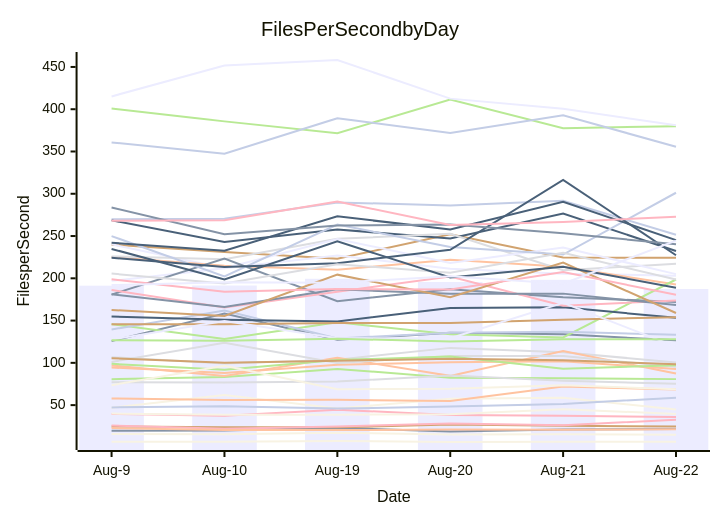
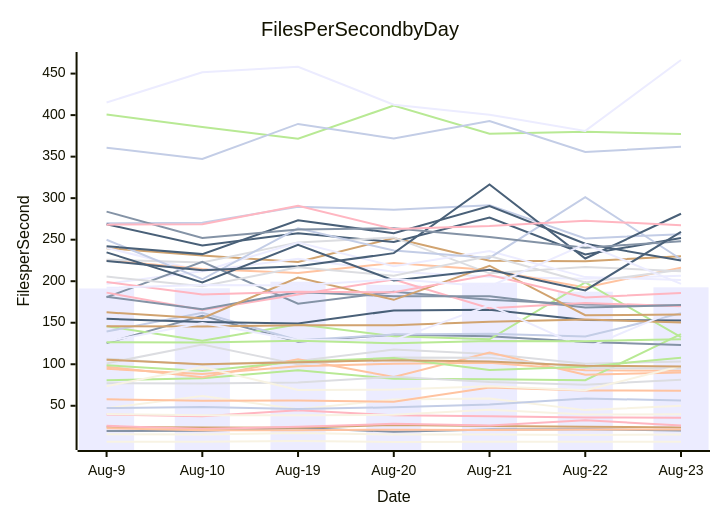
Before and after one commit to streetsidesoftware/cspell: the diagram in perf-report.md, drawn with Mermaid. The commit also changed other lines of this file and 2 other files, not shown here.

````diff
--- a/perf-report.md
+++ b/perf-report.md
@@ -11,57 +11,57 @@
 ```mermaid
 xychart-beta
     title Files Per Second by Day
     y-axis Files per Second
-    x-axis Date [Aug-9, Aug-10, Aug-19, Aug-20, Aug-21, Aug-22]
-    bar [191.27, 191.48, 199.45, 195.67, 198.22, 187.40]
-    line [19.76, 19.87, 23.15, 18.80, 21.30, 21.70]
-    line [94.45, 88.13, 97.66, 100.71, 101.93, 92.80]
-    line [106.66, 99.38, 103.80, 117.71, 112.47, 100.50]
-    line [80.61, 83.15, 92.81, 82.44, 81.86, 80.75]
-    line [239.79, 231.09, 223.10, 252.00, 224.60, 224.17]
-    line [269.81, 270.47, 289.77, 286.14, 291.59, 251.52]
-    line [39.52, 37.52, 44.46, 38.46, 37.42, 35.96]
-    line [268.54, 243.09, 257.77, 247.18, 276.72, 232.23]
-    line [6.78, 6.60, 7.51, 6.38, 6.72, 6.55]
-    line [240.17, 211.99, 227.00, 211.38, 205.51, 203.10]
-    line [125.68, 158.27, 127.25, 135.61, 133.76, 126.70]
-    line [225.24, 214.74, 210.02, 221.88, 213.58, 192.56]
-    line [225.91, 222.58, 246.74, 252.74, 209.47, 217.12]
-    line [145.75, 128.32, 148.05, 133.76, 130.09, 198.58]
-    line [24.65, 23.72, 23.68, 26.94, 25.51, 24.79]
-    line [139.45, 161.93, 128.87, 135.71, 136.66, 133.36]
-    line [25.95, 22.03, 24.86, 28.29, 26.21, 32.71]
-    line [154.75, 150.93, 149.02, 164.86, 165.64, 153.35]
-    line [15.80, 15.53, 17.25, 15.28, 15.49, 14.84]
-    line [196.97, 211.99, 246.59, 218.10, 236.31, 204.94]
-    line [180.75, 223.35, 172.94, 187.16, 177.68, 172.01]
-    line [96.93, 84.41, 106.12, 84.61, 114.12, 87.31]
-    line [77.16, 76.75, 77.91, 84.91, 78.76, 75.34]
-    line [400.74, 385.62, 371.65, 411.46, 377.61, 379.88]
-    line [145.79, 145.58, 147.10, 147.08, 151.07, 153.94]
-    line [249.96, 202.34, 263.67, 236.99, 228.06, 301.20]
-    line [186.27, 165.43, 184.07, 202.12, 167.51, 173.85]
-    line [224.37, 213.27, 217.89, 233.79, 316.48, 227.32]
-    line [47.00, 61.84, 45.89, 57.63, 58.67, 44.77]
-    line [127.47, 149.55, 129.16, 129.10, 170.99, 119.13]
-    line [181.18, 166.12, 186.93, 181.85, 181.88, 168.34]
-    line [57.90, 56.15, 56.35, 54.76, 71.89, 68.47]
-    line [101.07, 123.80, 99.87, 108.06, 107.98, 95.34]
-    line [98.84, 91.76, 103.43, 107.49, 93.08, 97.11]
-    line [162.48, 155.40, 204.32, 177.59, 218.64, 159.00]
-    line [360.76, 347.31, 389.41, 371.89, 392.82, 355.53]
-    line [198.91, 184.05, 187.41, 186.67, 207.48, 180.49]
-    line [242.10, 232.62, 273.32, 257.69, 290.62, 245.10]
-    line [73.60, 96.61, 68.89, 69.48, 73.38, 68.77]
-    line [415.14, 451.69, 458.22, 412.53, 400.53, 380.98]
-    line [283.77, 252.09, 262.36, 263.68, 253.37, 240.18]
-    line [22.84, 20.59, 20.47, 21.22, 20.90, 21.42]
-    line [205.56, 193.98, 216.67, 206.61, 230.20, 198.53]
-    line [126.64, 126.17, 128.45, 125.27, 127.94, 127.77]
-    line [105.46, 100.11, 102.43, 104.89, 103.21, 98.21]
-    line [47.26, 48.66, 46.00, 48.26, 51.42, 58.83]
-    line [268.09, 268.70, 290.78, 262.94, 266.60, 272.93]
-    line [234.76, 198.61, 243.75, 200.90, 213.71, 188.91]
-    line [39.98, 38.63, 38.64, 39.11, 45.24, 39.50]
-    line [192.03, 195.48, 194.87, 202.54, 193.62, 244.63]
+    x-axis Date [Aug-9, Aug-10, Aug-19, Aug-20, Aug-21, Aug-22, Aug-23]
+    bar [191.27, 191.48, 199.45, 195.67, 198.22, 187.40, 192.61]
+    line [19.76, 19.87, 23.15, 18.80, 21.30, 21.70, 20.11]
+    line [94.45, 88.13, 97.66, 100.71, 101.93, 92.80, 92.11]
+    line [106.66, 99.38, 103.80, 117.71, 112.47, 100.50, 103.30]
+    line [80.61, 83.15, 92.81, 82.44, 81.86, 80.75, 136.22]
+    line [239.79, 231.09, 223.10, 252.00, 224.60, 224.17, 230.06]
+    line [269.81, 270.47, 289.77, 286.14, 291.59, 251.52, 256.69]
+    line [39.52, 37.52, 44.46, 38.46, 37.42, 35.96, 35.65]
+    line [268.54, 243.09, 257.77, 247.18, 276.72, 232.23, 252.08]
+    line [6.78, 6.60, 7.51, 6.38, 6.72, 6.55, 6.77]
+    line [240.17, 211.99, 227.00, 211.38, 205.51, 203.10, 206.43]
+    line [125.68, 158.27, 127.25, 135.61, 133.76, 126.70, 123.28]
+    line [225.24, 214.74, 210.02, 221.88, 213.58, 192.56, 216.27]
+    line [225.91, 222.58, 246.74, 252.74, 209.47, 217.12, 212.13]
+    line [145.75, 128.32, 148.05, 133.76, 130.09, 198.58, 132.66]
+    line [24.65, 23.72, 23.68, 26.94, 25.51, 24.79, 23.76]
+    line [139.45, 161.93, 128.87, 135.71, 136.66, 133.36, 161.38]
+    line [25.95, 22.03, 24.86, 28.29, 26.21, 32.71, 26.20]
+    line [154.75, 150.93, 149.02, 164.86, 165.64, 153.35, 152.64]
+    line [15.80, 15.53, 17.25, 15.28, 15.49, 14.84, 15.46]
+    line [196.97, 211.99, 246.59, 218.10, 236.31, 204.94, 201.38]
+    line [180.75, 223.35, 172.94, 187.16, 177.68, 172.01, 170.49]
+    line [96.93, 84.41, 106.12, 84.61, 114.12, 87.31, 89.99]
+    line [77.16, 76.75, 77.91, 84.91, 78.76, 75.34, 81.46]
+    line [400.74, 385.62, 371.65, 411.46, 377.61, 379.88, 377.18]
+    line [145.79, 145.58, 147.10, 147.08, 151.07, 153.94, 150.27]
+    line [249.96, 202.34, 263.67, 236.99, 228.06, 301.20, 226.40]
+    line [186.27, 165.43, 184.07, 202.12, 167.51, 173.85, 169.85]
+    line [224.37, 213.27, 217.89, 233.79, 316.48, 227.32, 281.23]
+    line [47.00, 61.84, 45.89, 57.63, 58.67, 44.77, 49.92]
+    line [127.47, 149.55, 129.16, 129.10, 170.99, 119.13, 167.47]
+    line [181.18, 166.12, 186.93, 181.85, 181.88, 168.34, 171.35]
+    line [57.90, 56.15, 56.35, 54.76, 71.89, 68.47, 68.09]
+    line [101.07, 123.80, 99.87, 108.06, 107.98, 95.34, 94.96]
+    line [98.84, 91.76, 103.43, 107.49, 93.08, 97.11, 107.90]
+    line [162.48, 155.40, 204.32, 177.59, 218.64, 159.00, 159.79]
+    line [360.76, 347.31, 389.41, 371.89, 392.82, 355.53, 361.83]
+    line [198.91, 184.05, 187.41, 186.67, 207.48, 180.49, 185.92]
+    line [242.10, 232.62, 273.32, 257.69, 290.62, 245.10, 224.83]
+    line [73.60, 96.61, 68.89, 69.48, 73.38, 68.77, 97.84]
+    line [415.14, 451.69, 458.22, 412.53, 400.53, 380.98, 466.37]
+    line [283.77, 252.09, 262.36, 263.68, 253.37, 240.18, 248.22]
+    line [22.84, 20.59, 20.47, 21.22, 20.90, 21.42, 21.40]
+    line [205.56, 193.98, 216.67, 206.61, 230.20, 198.53, 213.69]
+    line [126.64, 126.17, 128.45, 125.27, 127.94, 127.77, 130.20]
+    line [105.46, 100.11, 102.43, 104.89, 103.21, 98.21, 97.36]
+    line [47.26, 48.66, 46.00, 48.26, 51.42, 58.83, 56.30]
+    line [268.09, 268.70, 290.78, 262.94, 266.60, 272.93, 267.45]
+    line [234.76, 198.61, 243.75, 200.90, 213.71, 188.91, 259.37]
+    line [39.98, 38.63, 38.64, 39.11, 45.24, 39.50, 39.66]
+    line [192.03, 195.48, 194.87, 202.54, 193.62, 244.63, 196.70]
 ```
````
